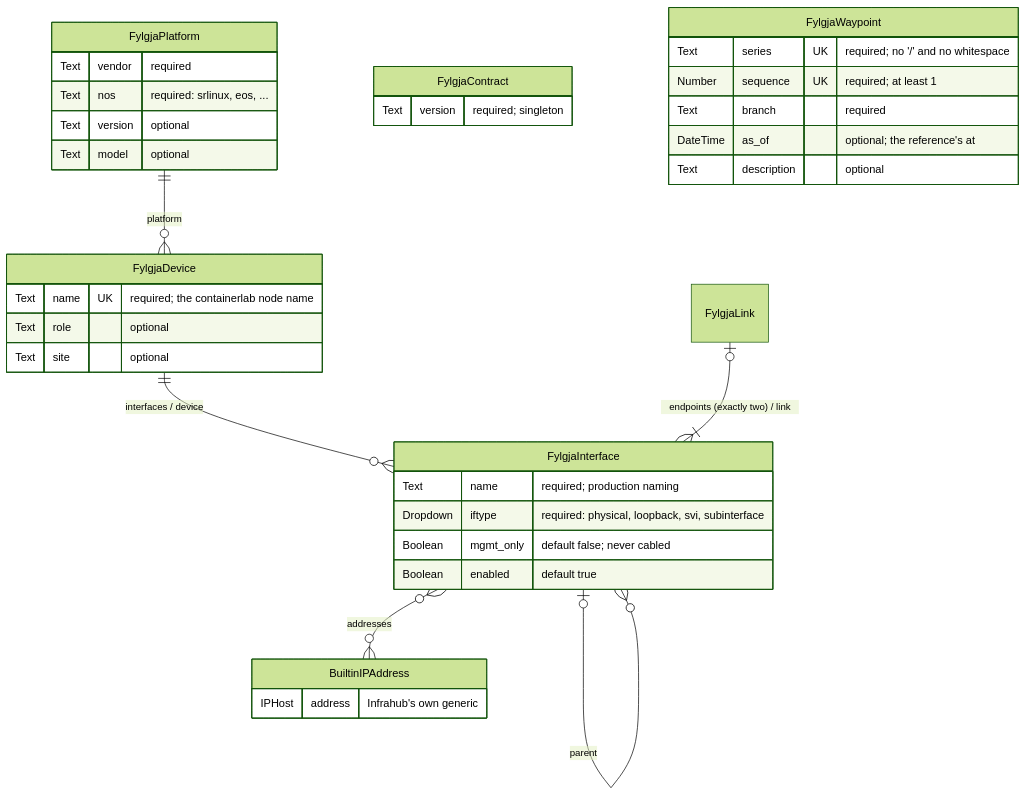
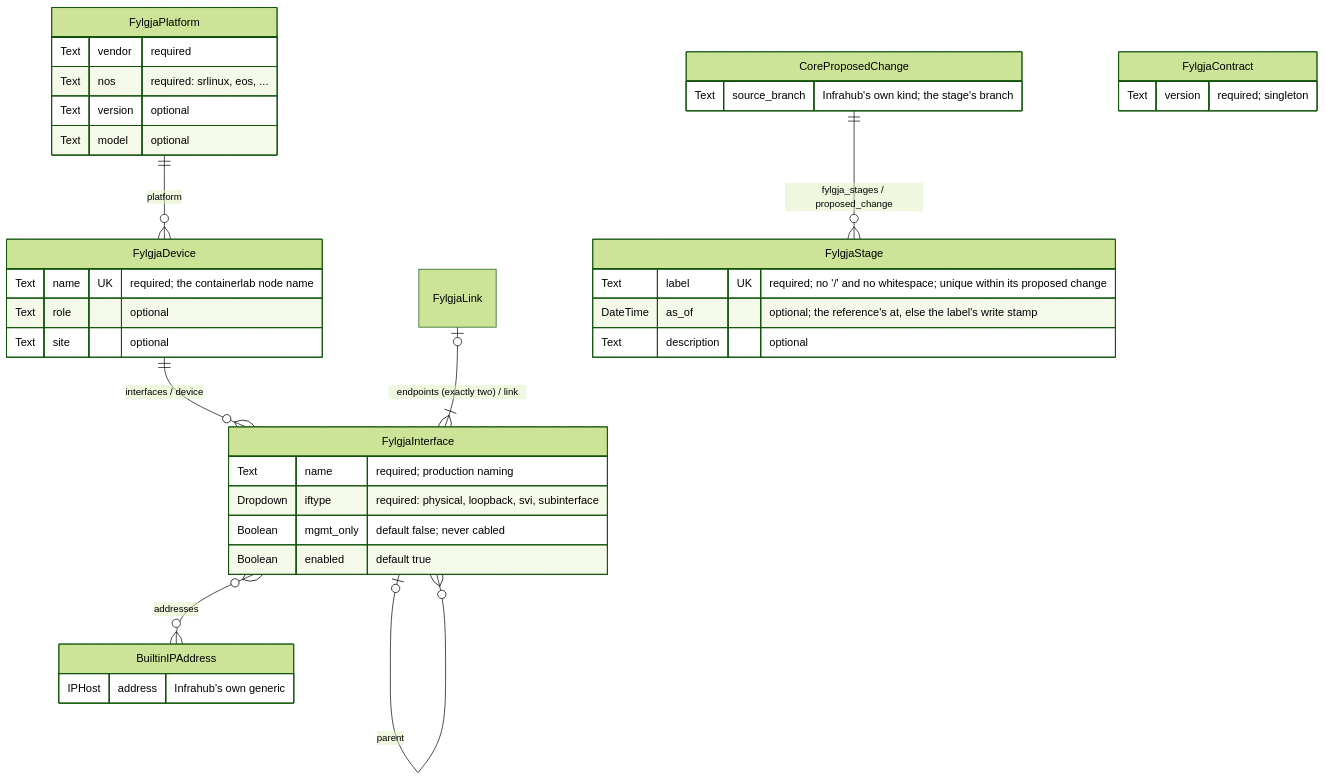
The diagram in docs/diagrams/schema.md (happypathnetworking/fylgja), drawn with Mermaid (forest theme) before and after one commit. The commit also changed other lines of this file and 122 other files, not shown here.

````diff
--- a/docs/diagrams/schema.md
+++ b/docs/diagrams/schema.md
@@ -20,39 +23,41 @@
 ```mermaid
 erDiagram
     FylgjaPlatform ||--o{ FylgjaDevice : "platform"
     FylgjaDevice ||--o{ FylgjaInterface : "interfaces / device"
     FylgjaInterface |o--o{ FylgjaInterface : "parent"
     FylgjaLink |o--|{ FylgjaInterface : "endpoints (exactly two) / link"
     FylgjaInterface }o--o{ BuiltinIPAddress : "addresses"
+    CoreProposedChange ||--o{ FylgjaStage : "fylgja_stages / proposed_change"
 
     FylgjaPlatform {
         Text vendor "required"
         Text nos "required: srlinux, eos, ..."
         Text version "optional"
         Text model "optional"
     }
     FylgjaDevice {
         Text name UK "required; the containerlab node name"
         Text role "optional"
         Text site "optional"
     }
     FylgjaInterface {
         Text name "required; production naming"
         Dropdown iftype "required: physical, loopback, svi, subinterface"
         Boolean mgmt_only "default false; never cabled"
         Boolean enabled "default true"
     }
     BuiltinIPAddress {
         IPHost address "Infrahub's own generic"
     }
     FylgjaContract {
         Text version "required; singleton"
     }
-    FylgjaWaypoint {
-        Text series UK "required; no '/' and no whitespace"
-        Number sequence UK "required; at least 1"
-        Text branch "required"
-        DateTime as_of "optional; the reference's at"
+    FylgjaStage {
+        Text label UK "required; no '/' and no whitespace; unique within its proposed change"
+        DateTime as_of "optional; the reference's at, else the label's write stamp"
         Text description "optional"
     }
+    CoreProposedChange {
+        Text source_branch "Infrahub's own kind; the stage's branch"
+    }
 ```
````
